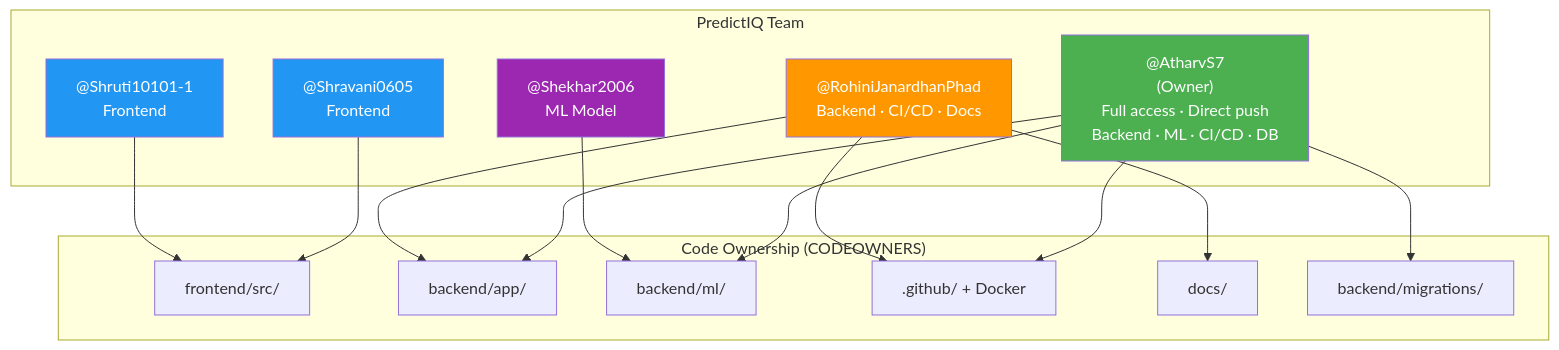
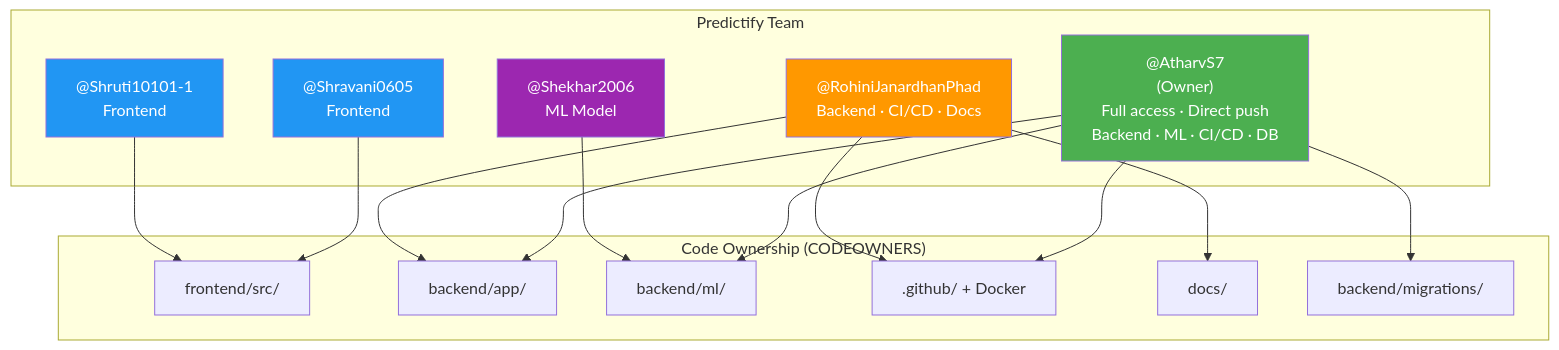
One commit to AtharvS7/PredictIQ changed diagram 13 of 16 in docs/walkthrough.md. Above: the diagram before and after it, drawn with Mermaid. The commit also changed other lines of this file and 65 other files, not shown here.

Commit message:
refactor: rename PredictIQ to Predictify across entire codebase (66 files) + update audit report to v3.1.0

````diff
--- a/docs/walkthrough.md
+++ b/docs/walkthrough.md
@@ -1392,36 +1392,36 @@
 ```mermaid
 graph TD
-    subgraph TEAM["PredictIQ Team"]
+    subgraph TEAM["Predictify Team"]
         A["@AtharvS7\n(Owner)\nFull access · Direct push\nBackend · ML · CI/CD · DB"]
         B["@Shravani0605\nFrontend"]
         C["@Shruti10101-1\nFrontend"]
         D["@RohiniJanardhanPhad\nBackend · CI/CD · Docs"]
         E["@Shekhar2006\nML Model"]
     end
 
     subgraph FILES["Code Ownership (CODEOWNERS)"]
         F1["frontend/src/"]
         F2["backend/app/"]
         F3["backend/ml/"]
         F4[".github/ + Docker"]
         F5["docs/"]
         F6["backend/migrations/"]
     end
 
     B --> F1
     C --> F1
     A --> F2
     D --> F2
     A --> F3
     E --> F3
     A --> F4
     D --> F4
     D --> F5
     A --> F6
 
     style A fill:#4CAF50,color:#fff
     style B fill:#2196F3,color:#fff
     style C fill:#2196F3,color:#fff
     style D fill:#FF9800,color:#fff
     style E fill:#9C27B0,color:#fff
 ```
````
